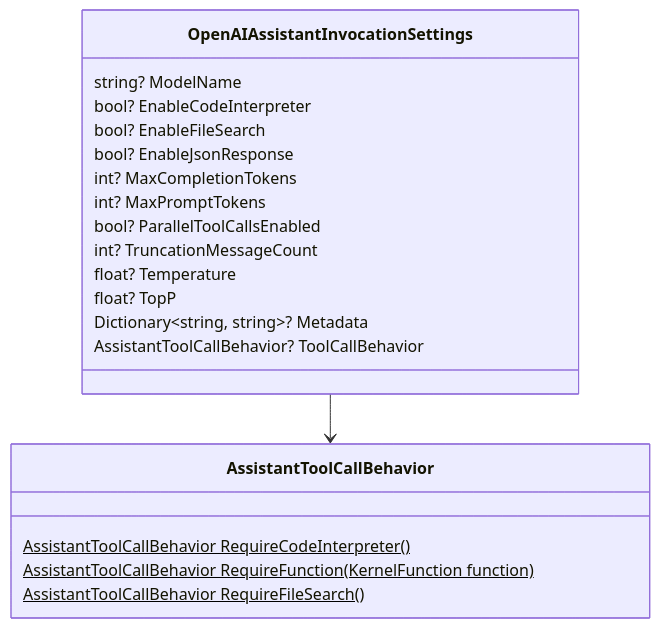
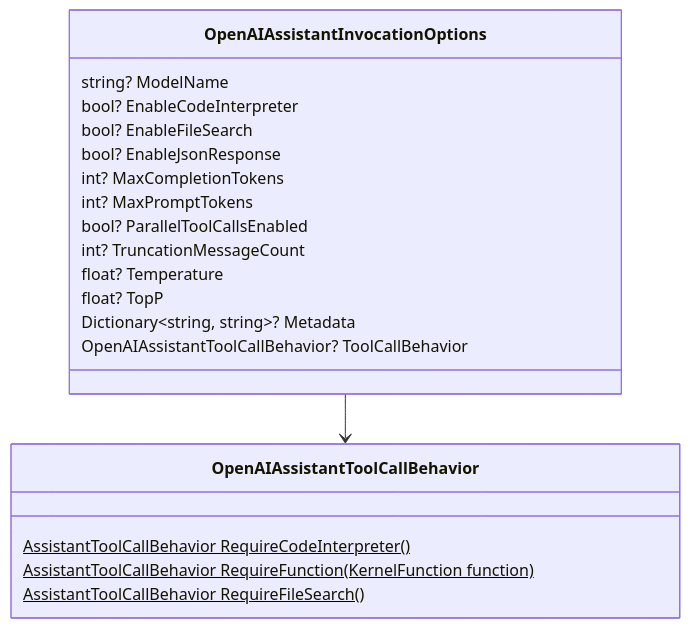
Before and after one commit to microsoft/semantic-kernel: the diagram in docs/decisions/diagrams/assistant-invocationsettings.mmd, drawn with Mermaid. The commit also changed 10 other files, not shown here.

```diff
--- a/docs/decisions/diagrams/assistant-invocationsettings.mmd
+++ b/docs/decisions/diagrams/assistant-invocationsettings.mmd
@@ -1,23 +1,23 @@
 classDiagram
 
-    OpenAIAssistantInvocationSettings --> AssistantToolCallBehavior
-    class OpenAIAssistantInvocationSettings {
+    OpenAIAssistantInvocationOptions --> OpenAIAssistantToolCallBehavior
+    class OpenAIAssistantInvocationOptions {
         string? ModelName
         bool? EnableCodeInterpreter
         bool? EnableFileSearch
         bool? EnableJsonResponse
         int? MaxCompletionTokens
         int? MaxPromptTokens
         bool? ParallelToolCallsEnabled
         int? TruncationMessageCount
         float? Temperature
         float? TopP
         Dictionary~string, string~? Metadata
-        AssistantToolCallBehavior? ToolCallBehavior
+        OpenAIAssistantToolCallBehavior? ToolCallBehavior
     }
 
-    class AssistantToolCallBehavior {
+    class OpenAIAssistantToolCallBehavior {
         AssistantToolCallBehavior RequireCodeInterpreter()$
         AssistantToolCallBehavior RequireFunction(KernelFunction function)$
         AssistantToolCallBehavior RequireFileSearch()$
     }
```
